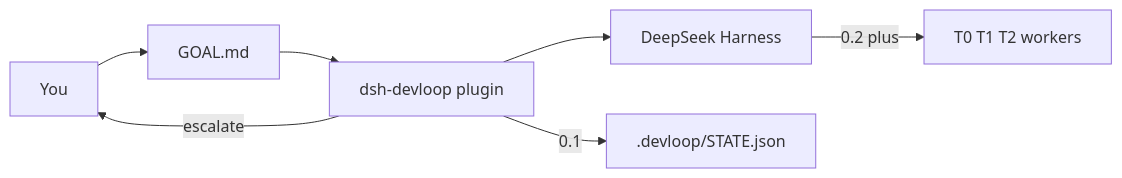
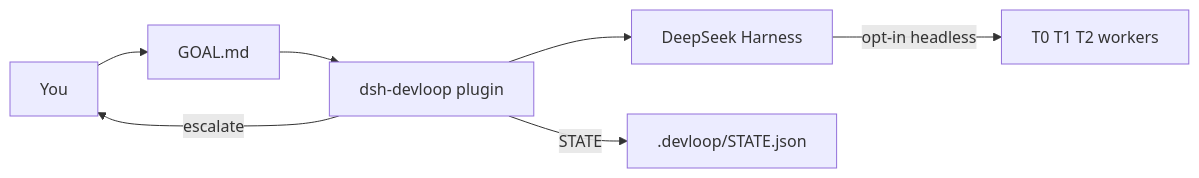
Before and after one commit to jhfnetboy/DevLoop: the first of 3 diagrams in README.md, drawn with Mermaid. The commit also changed other lines of this file and 7 other files, not shown here.

````diff
--- a/README.md
+++ b/README.md
@@ -19,9 +21,9 @@
 ```mermaid
 flowchart LR
     You[You] --> Goal[GOAL.md]
     Goal --> Plugin[dsh-devloop plugin]
     Plugin --> DSH[DeepSeek Harness]
-    DSH -->|0.2 plus| Workers[T0 T1 T2 workers]
-    Plugin -->|0.1| State[".devloop/STATE.json"]
+    DSH -->|opt-in headless| Workers[T0 T1 T2 workers]
+    Plugin -->|STATE| State[".devloop/STATE.json"]
     Plugin -->|escalate| You
 ```
````
